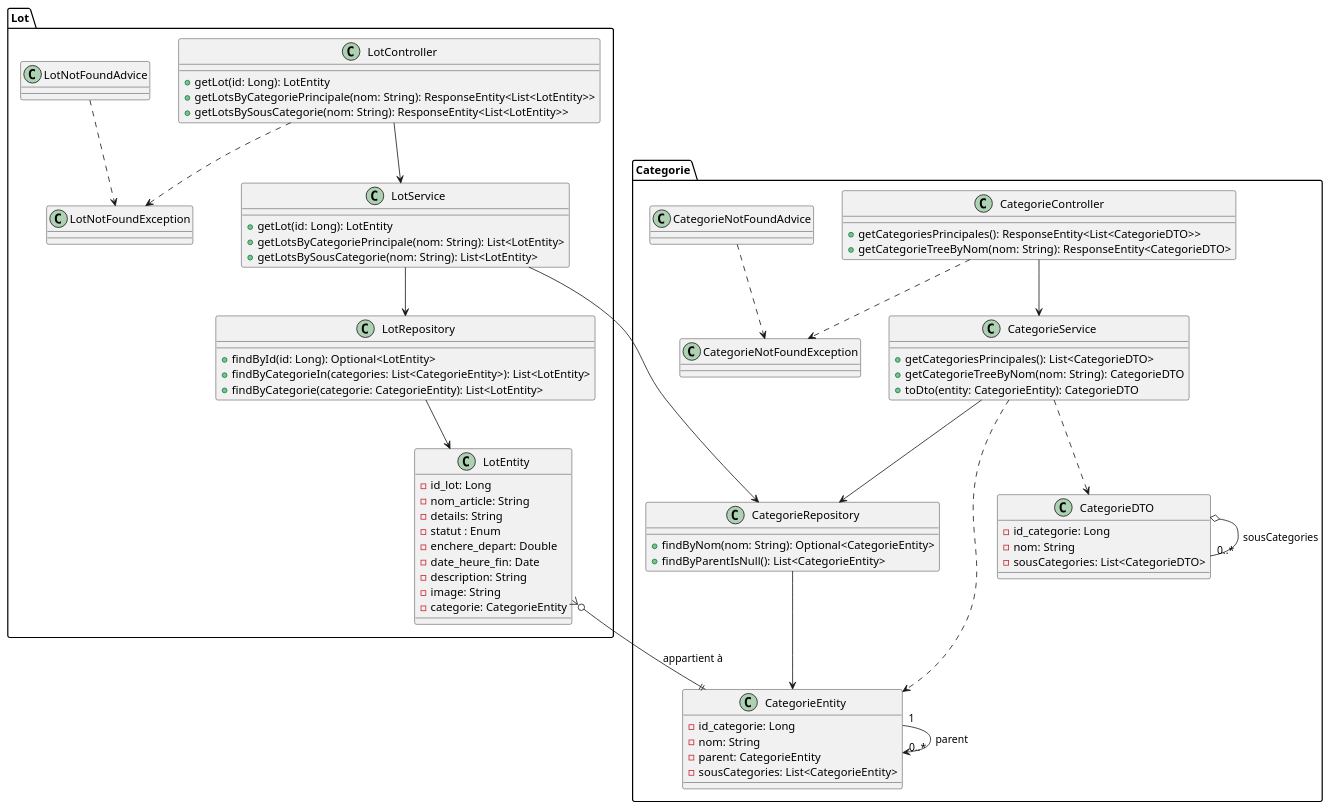
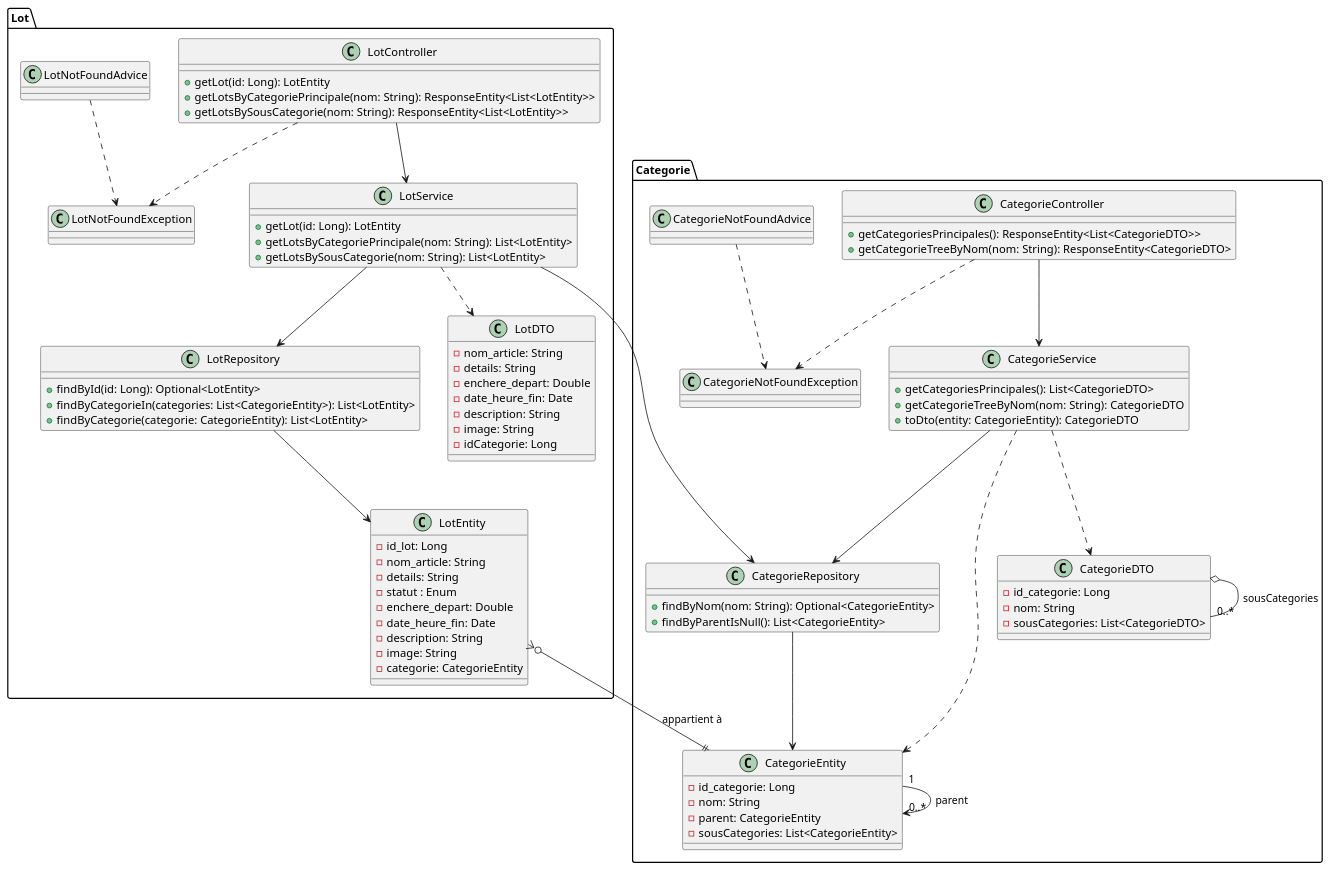
The diagram in docs/class_diagram.plantuml (ETML-ES-LABEFE-SAM-YOAN/BACKEND), drawn with PlantUML before and after one commit. The commit also changed 4 other files, not shown here.

```diff
--- a/docs/class_diagram.plantuml
+++ b/docs/class_diagram.plantuml
@@ -1,90 +1,101 @@
 @startuml
 
 package "Lot" {
     class LotController {
         + getLot(id: Long): LotEntity
         + getLotsByCategoriePrincipale(nom: String): ResponseEntity<List<LotEntity>>
         + getLotsBySousCategorie(nom: String): ResponseEntity<List<LotEntity>>
     }
 
     class LotService {
         + getLot(id: Long): LotEntity
         + getLotsByCategoriePrincipale(nom: String): List<LotEntity>
         + getLotsBySousCategorie(nom: String): List<LotEntity>
     }
 
     class LotRepository {
         + findById(id: Long): Optional<LotEntity>
         + findByCategorieIn(categories: List<CategorieEntity>): List<LotEntity>
         + findByCategorie(categorie: CategorieEntity): List<LotEntity>
     }
 
     class LotEntity {
         - id_lot: Long
         - nom_article: String
         - details: String
         - statut : Enum
         - enchere_depart: Double
         - date_heure_fin: Date
         - description: String
         - image: String
         - categorie: CategorieEntity
     }
 
+    class LotDTO {
+        - nom_article: String
+        - details: String
+        - enchere_depart: Double
+        - date_heure_fin: Date
+        - description: String
+        - image: String
+        - idCategorie: Long
+    }
+
     class LotNotFoundAdvice
     class LotNotFoundException
 
     LotController --> LotService
     LotService --> LotRepository
+    LotService ..> LotDTO
     LotRepository --> LotEntity
     LotNotFoundAdvice ..> LotNotFoundException
     LotController ..> LotNotFoundException
 }
 
 package "Categorie" {
     class CategorieController {
         + getCategoriesPrincipales(): ResponseEntity<List<CategorieDTO>>
         + getCategorieTreeByNom(nom: String): ResponseEntity<CategorieDTO>
     }
 
     class CategorieService {
         + getCategoriesPrincipales(): List<CategorieDTO>
         + getCategorieTreeByNom(nom: String): CategorieDTO
         + toDto(entity: CategorieEntity): CategorieDTO
     }
 
     class CategorieRepository {
         + findByNom(nom: String): Optional<CategorieEntity>
         + findByParentIsNull(): List<CategorieEntity>
     }
 
     class CategorieEntity {
         - id_categorie: Long
         - nom: String
         - parent: CategorieEntity
         - sousCategories: List<CategorieEntity>
     }
 
     class CategorieDTO {
         - id_categorie: Long
         - nom: String
         - sousCategories: List<CategorieDTO>
     }
 
     class CategorieNotFoundAdvice
     class CategorieNotFoundException
 
     CategorieController --> CategorieService
     CategorieService --> CategorieRepository
     CategorieService ..> CategorieDTO
     CategorieService ..> CategorieEntity
     CategorieRepository --> CategorieEntity
     CategorieEntity "1" --> "0..*" CategorieEntity : parent
     CategorieDTO o-- "0..*" CategorieDTO : sousCategories
     CategorieNotFoundAdvice ..> CategorieNotFoundException
     CategorieController ..> CategorieNotFoundException
 }
 LotEntity }o--|| CategorieEntity : appartient à
     LotService --> CategorieRepository
 
 @enduml
```
